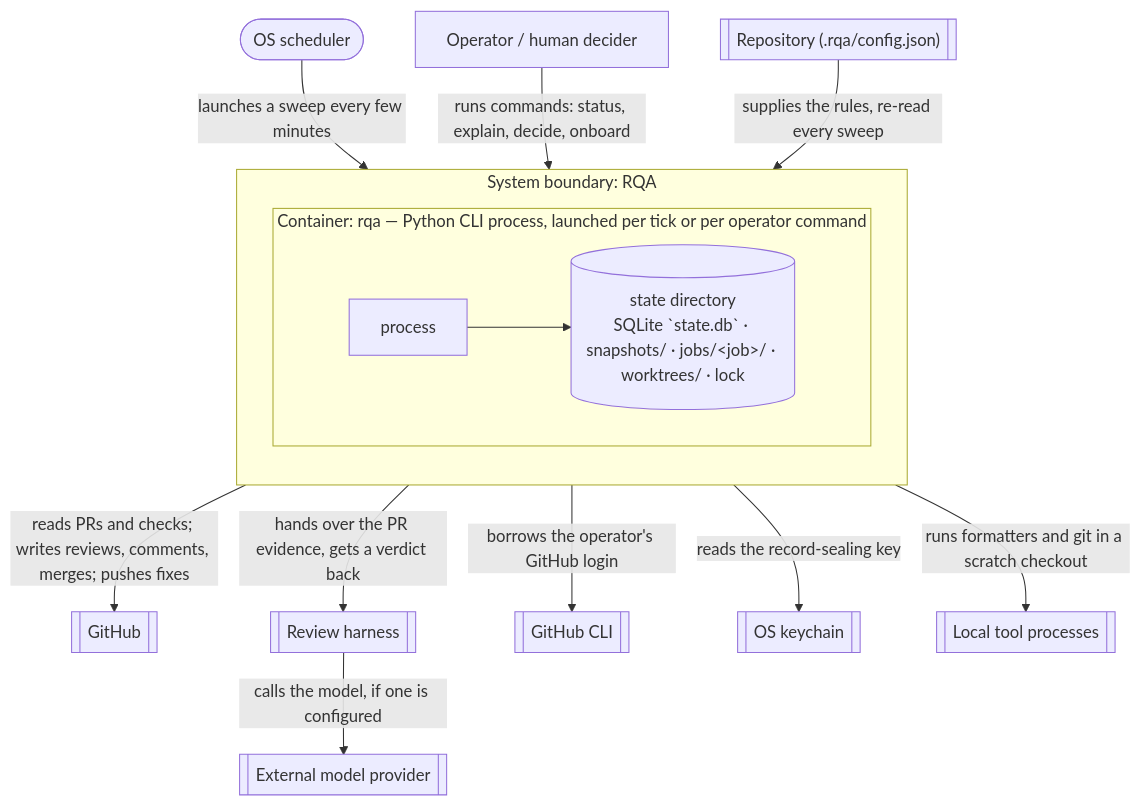
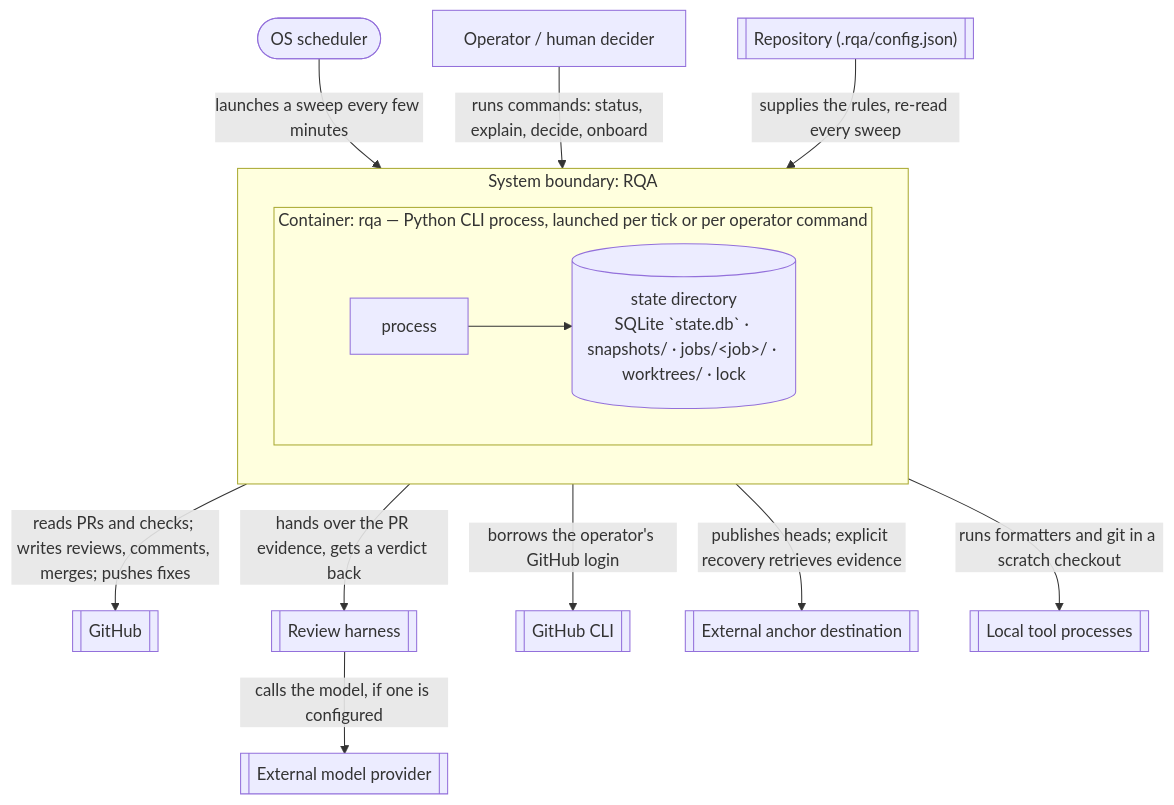
Before and after one commit to launchpad-26/buzz: the diagram in launchpad/skills/review-queue-automation/architecture/container.md, drawn with Mermaid. The commit also changed other lines of this file and 9 other files, not shown here.

````diff
--- a/launchpad/skills/review-queue-automation/architecture/container.md
+++ b/launchpad/skills/review-queue-automation/architecture/container.md
@@ -32,21 +32,21 @@
 ```mermaid
 flowchart TB
   subgraph sys["System boundary: RQA"]
     direction TB
     subgraph rqa["Container: rqa — Python CLI process, launched per tick or per operator command"]
       direction LR
       proc["process"]
       state[("state directory\nSQLite `state.db` · snapshots/ · jobs/&lt;job&gt;/ · worktrees/ · lock")]
       proc --> state
     end
   end
   TIMER(["OS scheduler"]) -->|launches a sweep every few minutes| proc
   OPER["Operator / human decider"] -->|runs commands: status, explain, decide, onboard| proc
   proc -->|reads PRs and checks; writes reviews, comments, merges; pushes fixes| GH[["GitHub"]]
   proc -->|hands over the PR evidence, gets a verdict back| HARN[["Review harness"]]
   HARN -->|calls the model, if one is configured| PROV[["External model provider"]]
   proc -->|borrows the operator's GitHub login| GHCLI[["GitHub CLI"]]
-  proc -->|reads the record-sealing key| KC[["OS keychain"]]
+  proc -->|publishes heads; explicit recovery retrieves evidence| ANCHOR[["External anchor destination"]]
   proc -->|runs formatters and git in a scratch checkout| TOOLS[["Local tool processes"]]
   REPO[["Repository (.rqa/config.json)"]] -->|supplies the rules, re-read every sweep| proc
 ```
````
